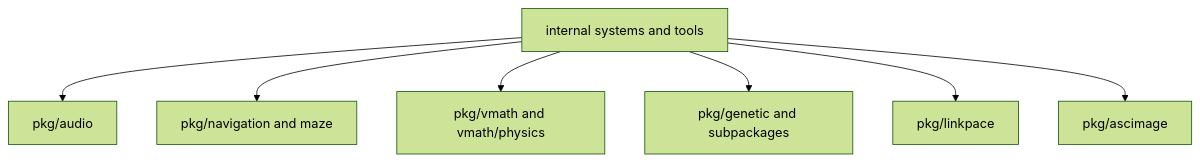
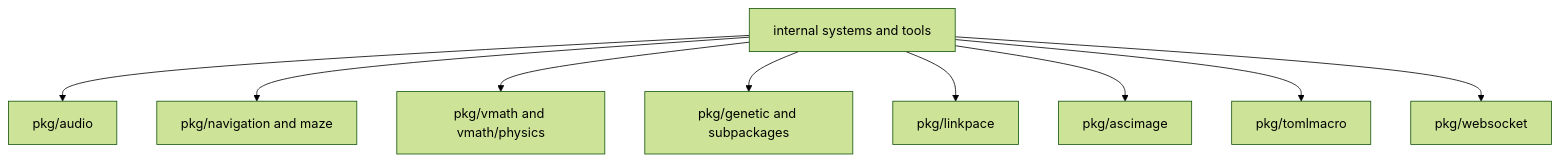
The fourth of 4 diagrams in doc/package-map.md (lixenwraith/vif), drawn with Mermaid (forest theme) before and after one commit. The commit also changed other lines of this file and 3 other files, not shown here.

````diff
--- a/doc/package-map.md
+++ b/doc/package-map.md
@@ -105,9 +108,11 @@
 ```mermaid
 flowchart TD
     Game["internal systems and tools"] --> Audio["pkg/audio"]
     Game --> Nav["pkg/navigation and maze"]
     Game --> Physics["pkg/vmath and vmath/physics"]
     Game --> Genetic["pkg/genetic and subpackages"]
     Game --> Link["pkg/linkpace"]
     Game --> Image["pkg/ascimage"]
+    Game --> Macro["pkg/tomlmacro"]
+    Game --> Socket["pkg/websocket"]
 ```
````
